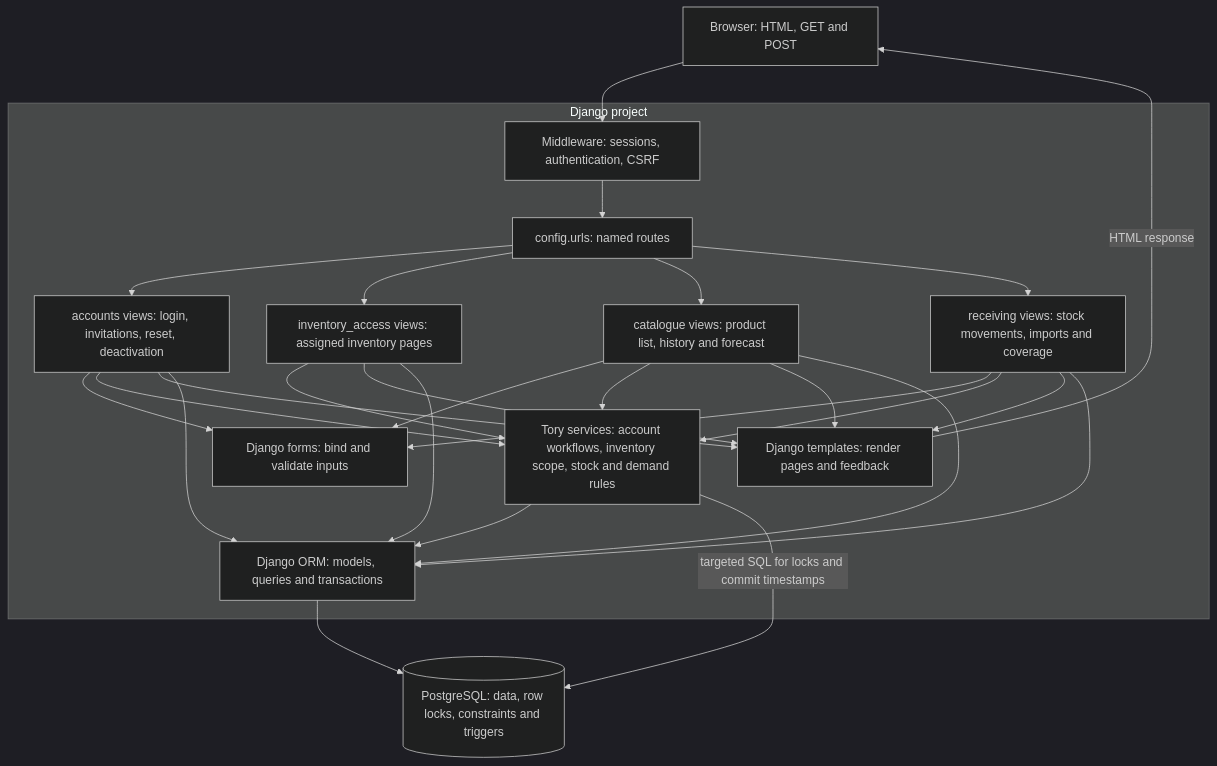
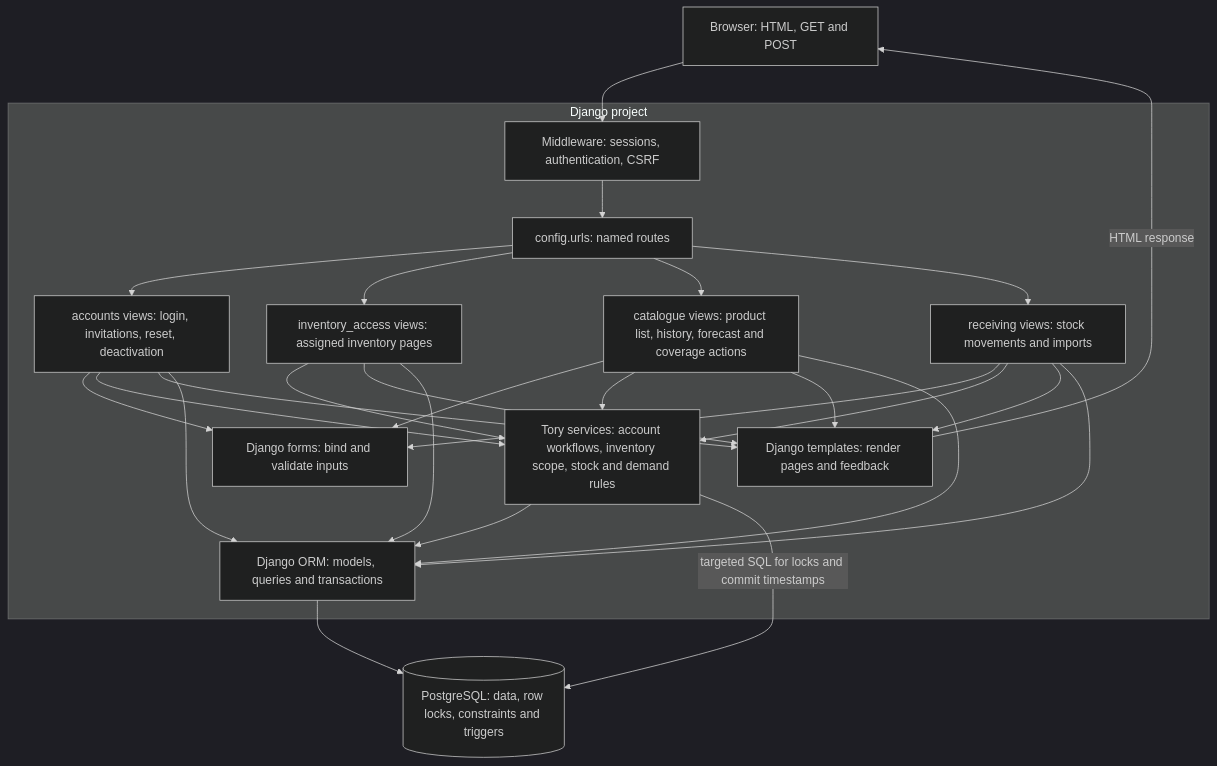
Before and after one commit to Mike-Franco/ay2627s2-cicdp-MikeAbat: the first of 2 diagrams in docs/design/ARCHITECTURE.md, drawn with Mermaid (dark theme). The commit also changed other lines of this file and 1 other file, not shown here.

Commit message:
docs(TORY-28): correct architecture labels and split lifecycle ERD

````diff
--- a/docs/design/ARCHITECTURE.md
+++ b/docs/design/ARCHITECTURE.md
@@ -7,27 +7,27 @@
 ```mermaid
 flowchart TB
     B["Browser: HTML, GET and POST"]
     subgraph D["Django project"]
         M["Middleware: sessions, authentication, CSRF"]
         U["config.urls: named routes"]
         A["accounts views: login, invitations, reset, deactivation"]
         I["inventory_access views: assigned inventory pages"]
-        C["catalogue views: product list, history and forecast"]
-        R["receiving views: stock movements, imports and coverage"]
+        C["catalogue views: product list, history, forecast and coverage actions"]
+        R["receiving views: stock movements and imports"]
         F["Django forms: bind and validate inputs"]
         T["Django templates: render pages and feedback"]
         S["Tory services: account workflows, inventory scope, stock and demand rules"]
         O["Django ORM: models, queries and transactions"]
     end
     P[("PostgreSQL: data, row locks, constraints and triggers")]
     B --> M --> U
     U --> A & I & C & R
     A & C & R --> F
     A & I & C & R --> S
     A & I & C & R --> T
     A & I & C & R --> O
     S --> O
     O --> P
     S -->|"targeted SQL for locks and commit timestamps"| P
     T -->|"HTML response"| B
 ```
````
